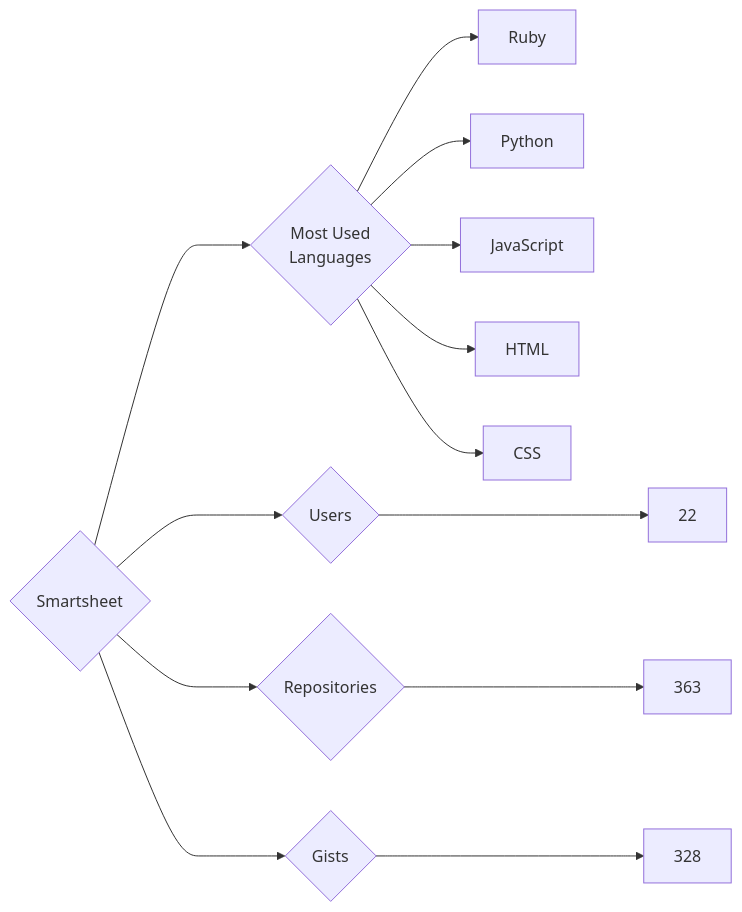
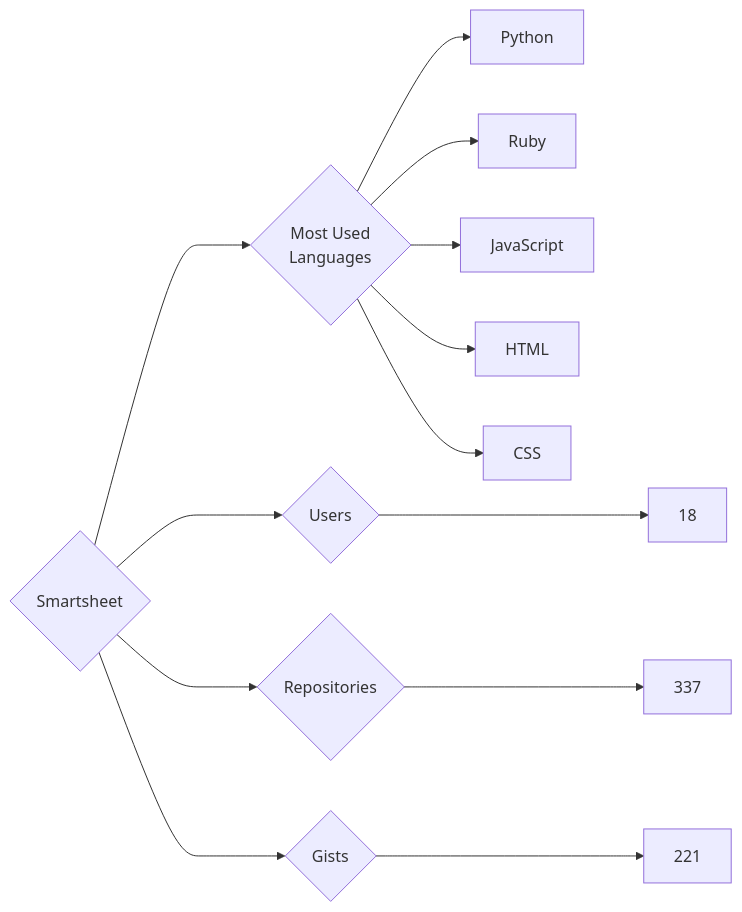
One commit to trickest/insiders changed the diagram in targets/Smartsheet/README.md. Above: the diagram before and after it, drawn with Mermaid. The commit also changed 912 other files, not shown here.

````diff
--- a/targets/Smartsheet/README.md
+++ b/targets/Smartsheet/README.md
@@ -3,13 +3,13 @@
 ```mermaid
 graph LR
 COMPANY_NAME{Smartsheet}
-COMPANY_NAME ---> U{Users} ---> UN[22]
-COMPANY_NAME ---> R{Repositories} ---> RN[363]
-COMPANY_NAME ---> G{Gists} ---> GN[328]
+COMPANY_NAME ---> U{Users} ---> UN[18]
+COMPANY_NAME ---> R{Repositories} ---> RN[337]
+COMPANY_NAME ---> G{Gists} ---> GN[221]
 COMPANY_NAME ---> ML{Most Used<br>Languages}
+ML --> Python[Python]
 ML --> Ruby[Ruby]
-ML --> Python[Python]
 ML --> JavaScript[JavaScript]
 ML --> HTML[HTML]
 ML --> CSS[CSS]
 ```
````
